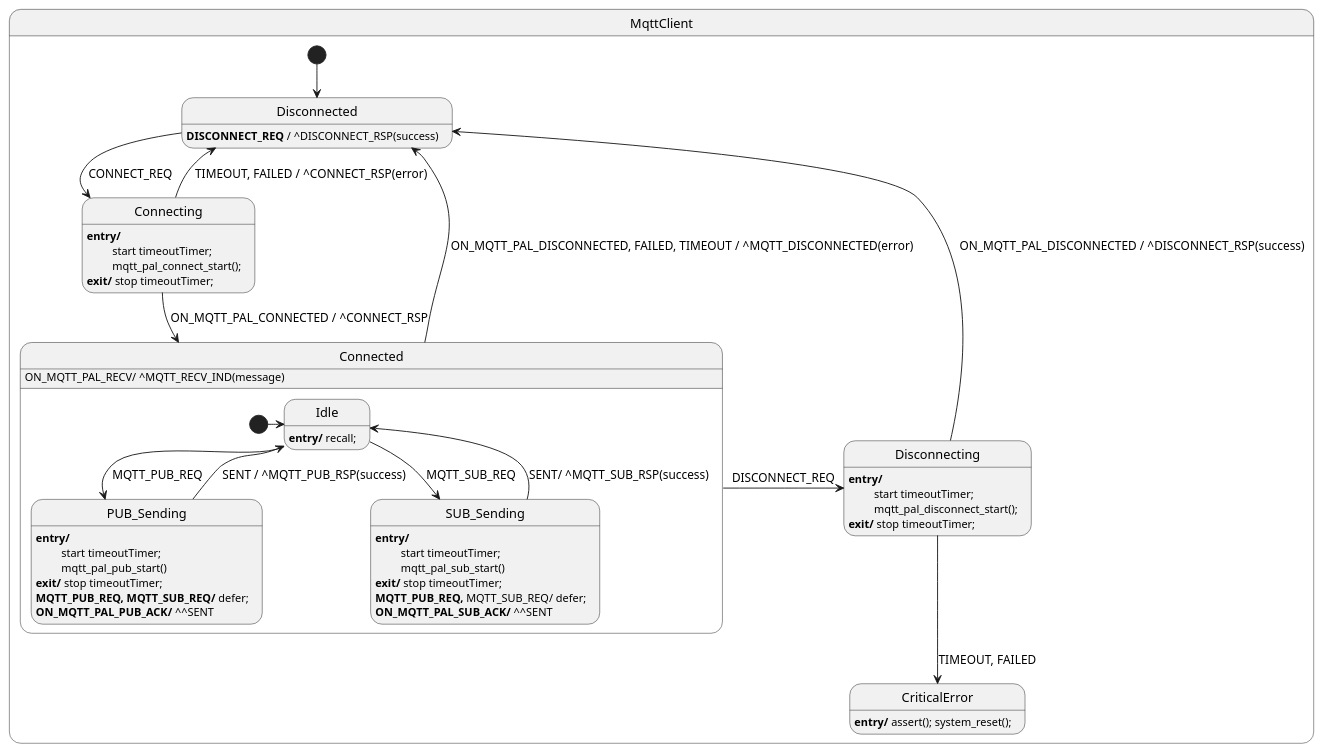
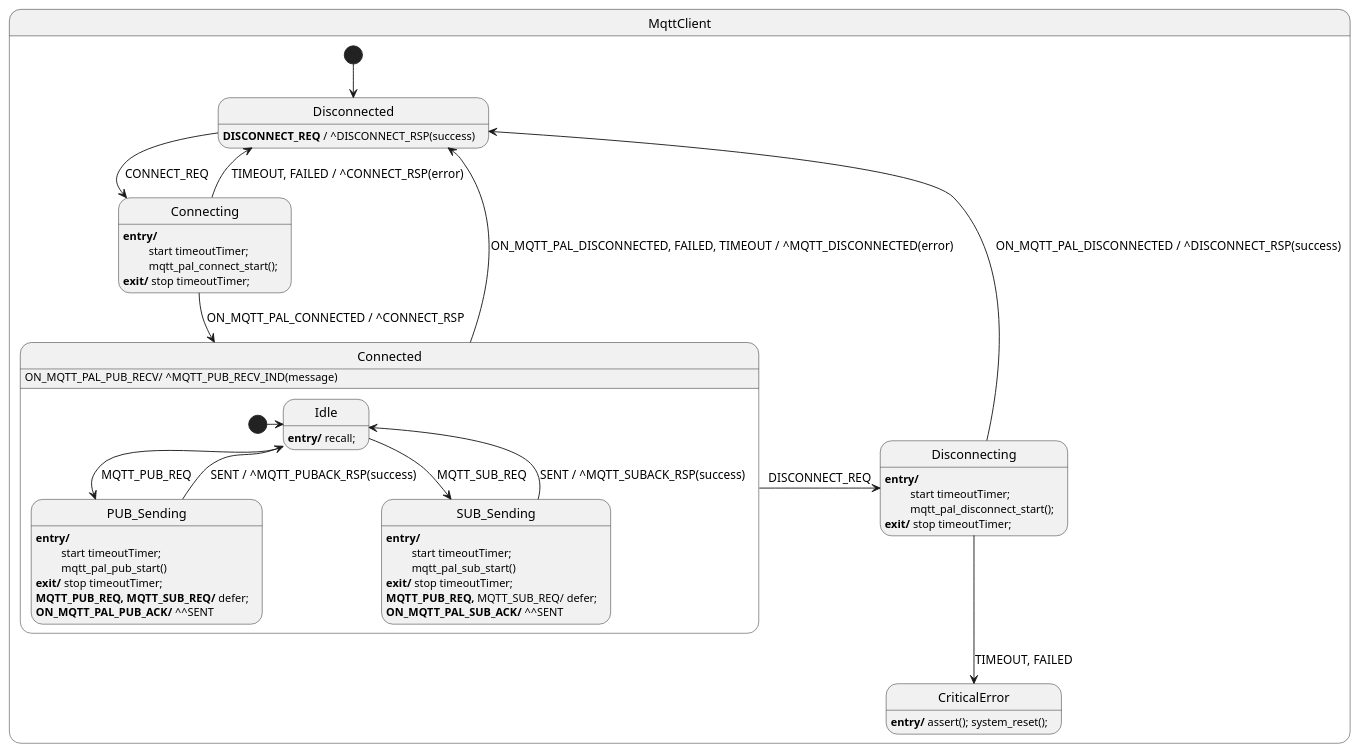
The diagram in sdk/docs/iot/resources/az_iot_hfsm_mqtt.puml (vaavva/azure-sdk-for-c-hfsm), drawn with PlantUML before and after one commit. The commit also changed 11 other files, not shown here.

```diff
--- a/sdk/docs/iot/resources/az_iot_hfsm_mqtt.puml
+++ b/sdk/docs/iot/resources/az_iot_hfsm_mqtt.puml
@@ -1,67 +1,67 @@
 @startuml
 
 state MqttClient {
 
     state Disconnected
     [*] --> Disconnected
     Disconnected : <b>DISCONNECT_REQ</b> / ^DISCONNECT_RSP(success)
 
     state Connecting
     Connecting : <b>entry/</b>
     Connecting : \t start timeoutTimer;
     Connecting : \t mqtt_pal_connect_start();
     Connecting : <b>exit/</b> stop timeoutTimer;
 
     state Disconnecting
     Disconnecting: <b>entry/</b>
     Disconnecting: \t start timeoutTimer;
     Disconnecting: \t mqtt_pal_disconnect_start();
     Disconnecting: <b>exit/</b> stop timeoutTimer;
 
     state CriticalError
     CriticalError: <b>entry/</b> assert(); system_reset();
 
     Disconnected -> Connecting : CONNECT_REQ
     Connecting --> Connected : ON_MQTT_PAL_CONNECTED / ^CONNECT_RSP
     Connecting --> Disconnected : TIMEOUT, FAILED / ^CONNECT_RSP(error)
     Disconnecting --> Disconnected : ON_MQTT_PAL_DISCONNECTED / ^DISCONNECT_RSP(success)
     Connected -> Disconnecting : DISCONNECT_REQ
     Connected --> Disconnected : ON_MQTT_PAL_DISCONNECTED, FAILED, TIMEOUT / ^MQTT_DISCONNECTED(error)
     Disconnecting --> CriticalError : TIMEOUT, FAILED
 
     ' Note: the following state machine definition does not support MQTT send pipeline
     ' (i.e. sending PUB SUB without waiting for the respective ACKs).
     state Connected {
-        Connected : ON_MQTT_PAL_RECV/ ^MQTT_RECV_IND(message)
+        Connected : ON_MQTT_PAL_PUB_RECV/ ^MQTT_PUB_RECV_IND(message)
 
         state Idle
         Idle : <b>entry/</b> recall;
 
 'TODO: MQTT_PUB/SUB_RSP must be sent on error:
 
         state PUB_Sending
         PUB_Sending : <b>entry/</b>
         PUB_Sending: \t start timeoutTimer;
         PUB_Sending: \t mqtt_pal_pub_start()
         PUB_Sending : <b>exit/</b> stop timeoutTimer;
         PUB_Sending : <b>MQTT_PUB_REQ, MQTT_SUB_REQ/</b> defer;
         PUB_Sending : <b>ON_MQTT_PAL_PUB_ACK/</b> ^^SENT
 
         state SUB_Sending
         SUB_Sending : <b>entry/</b>
         SUB_Sending : \t start timeoutTimer;
         SUB_Sending : \t mqtt_pal_sub_start()
         SUB_Sending : <b>exit/</b> stop timeoutTimer;
         SUB_Sending : <b>MQTT_PUB_REQ,</b> MQTT_SUB_REQ/ defer;
         SUB_Sending : <b>ON_MQTT_PAL_SUB_ACK/</b> ^^SENT
 
         [*] -> Idle
 
         Idle --> PUB_Sending : MQTT_PUB_REQ
         Idle --> SUB_Sending : MQTT_SUB_REQ
-        PUB_Sending -> Idle : SENT / ^MQTT_PUB_RSP(success)
-        SUB_Sending -> Idle : SENT/ ^MQTT_SUB_RSP(success)
+        PUB_Sending -> Idle : SENT / ^MQTT_PUBACK_RSP(success)
+        SUB_Sending -> Idle : SENT / ^MQTT_SUBACK_RSP(success)
     }
 }
 
 @enduml
```
